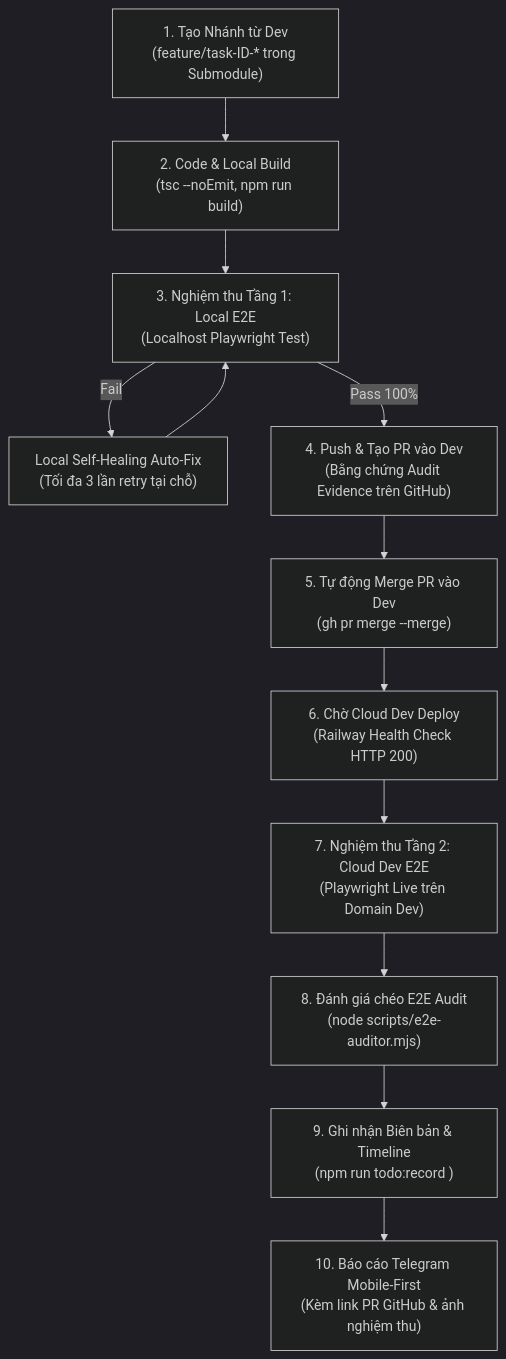
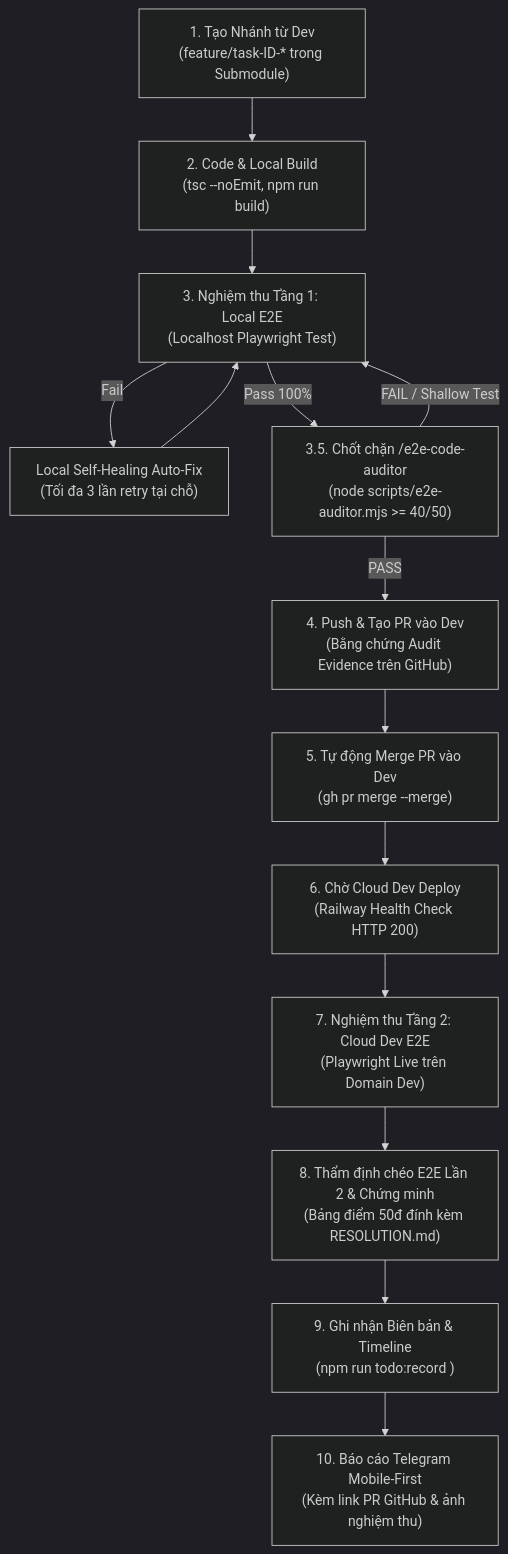
The second of 2 diagrams in .agents/skills/todo-agent/SKILL.md (lyquangthai1993/logistics-website), drawn with Mermaid (dark theme) before and after one commit. The commit also changed other lines of this file and 10 other files, not shown here.

Commit message:
chore(task-87): update frontend submodule pointer, audit fixes and verification evidence

````diff
--- a/.agents/skills/todo-agent/SKILL.md
+++ b/.agents/skills/todo-agent/SKILL.md
@@ -273,14 +273,16 @@
 ```mermaid
 flowchart TD
     S1["1. Tạo Nhánh từ Dev<br>(feature/task-ID-* trong Submodule)"] --> S2["2. Code & Local Build<br>(tsc --noEmit, npm run build)"]
     S2 --> S3["3. Nghiệm thu Tầng 1: Local E2E<br>(Localhost Playwright Test)"]
     S3 -- "Fail" --> S3R["Local Self-Healing Auto-Fix<br>(Tối đa 3 lần retry tại chỗ)"]
     S3R --> S3
-    S3 -- "Pass 100%" --> S4["4. Push & Tạo PR vào Dev<br>(Bằng chứng Audit Evidence trên GitHub)"]
+    S3 -- "Pass 100%" --> SAUD["3.5. Chốt chặn /e2e-code-auditor<br>(node scripts/e2e-auditor.mjs >= 40/50)"]
+    SAUD -- "FAIL / Shallow Test" --> S3
+    SAUD -- "PASS" --> S4["4. Push & Tạo PR vào Dev<br>(Bằng chứng Audit Evidence trên GitHub)"]
     S4 --> S5["5. Tự động Merge PR vào Dev<br>(gh pr merge --merge)"]
     S5 --> S6["6. Chờ Cloud Dev Deploy<br>(Railway Health Check HTTP 200)"]
     S6 --> S7["7. Nghiệm thu Tầng 2: Cloud Dev E2E<br>(Playwright Live trên Domain Dev)"]
-    S7 --> S8["8. Đánh giá chéo E2E Audit<br>(node scripts/e2e-auditor.mjs)"]
+    S7 --> S8["8. Thẩm định chéo E2E Lần 2 & Chứng minh<br>(Bảng điểm 50đ đính kèm RESOLUTION.md)"]
     S8 --> S9["9. Ghi nhận Biên bản & Timeline<br>(npm run todo:record <folder>)"]
     S9 --> S10["10. Báo cáo Telegram Mobile-First<br>(Kèm link PR GitHub & ảnh nghiệm thu)"]
 ```
````
